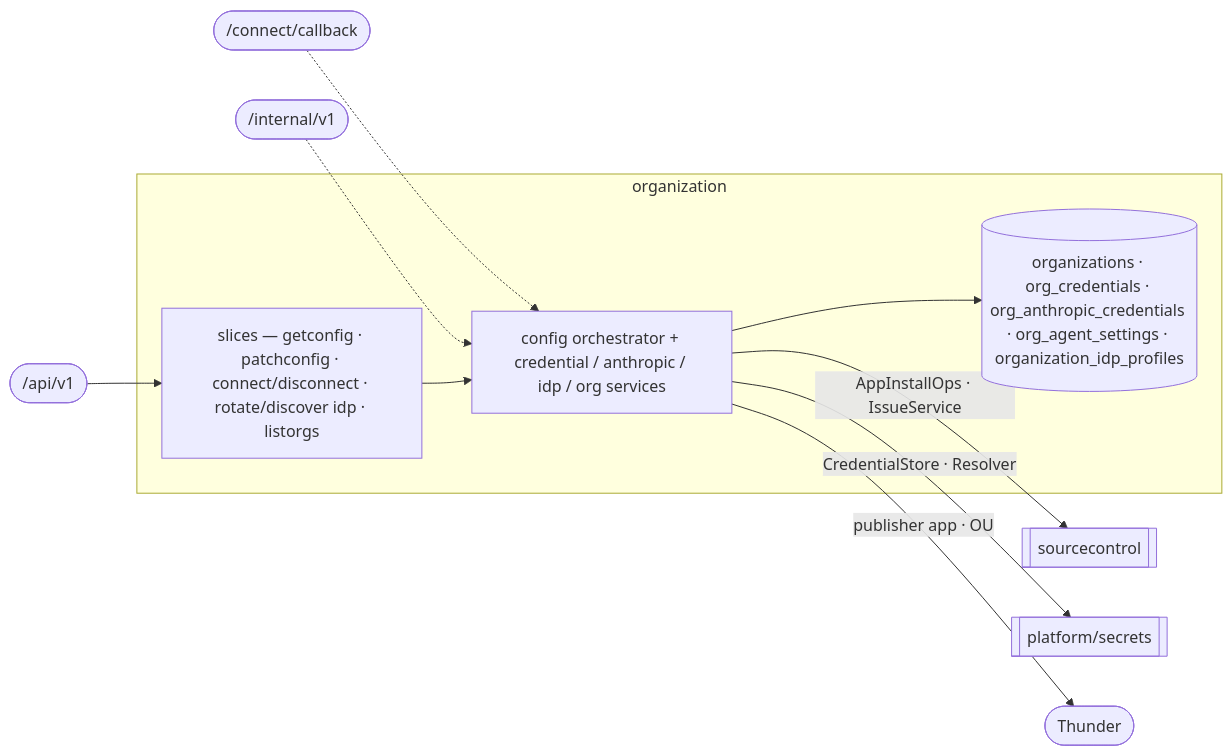
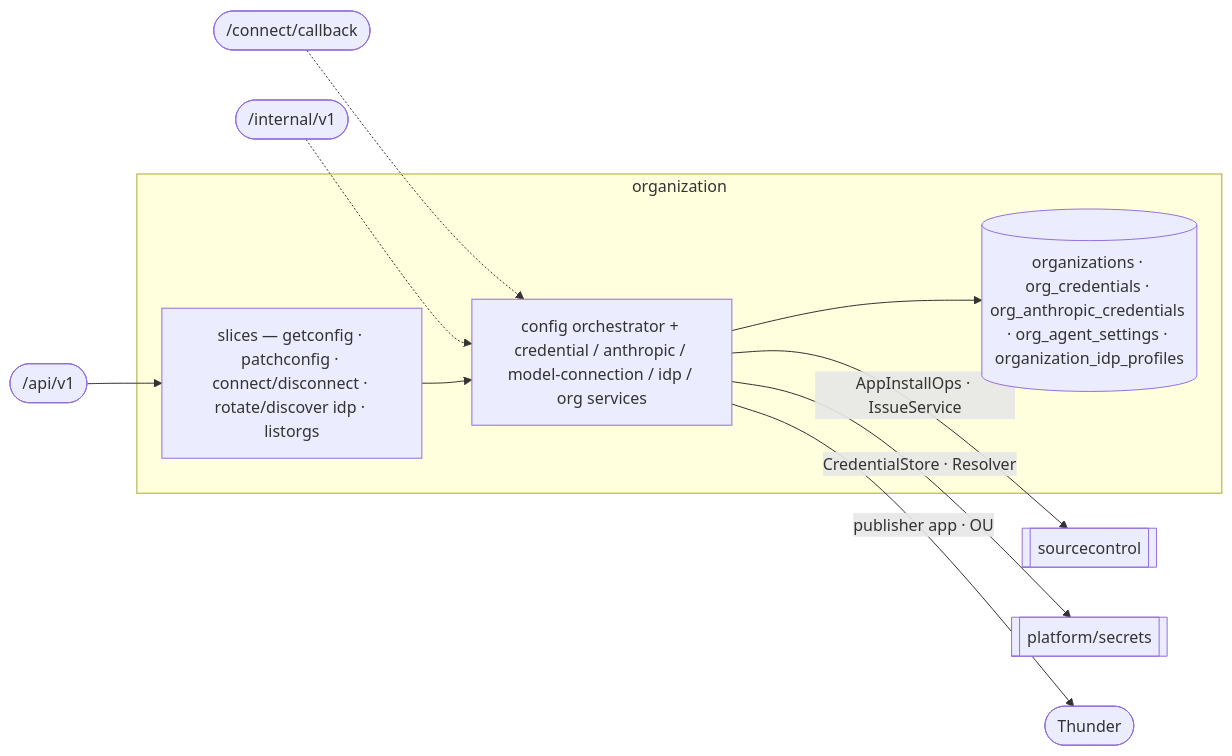
Before and after one commit to KCSAbeywickrama/labs-agentic-engineer: the diagram in services/aep-api/internal/organization/README.md, drawn with Mermaid. The commit also changed other lines of this file and 52 other files, not shown here.

First line of the commit message:
feat(model-connection): phase 1 seams, no behaviour change

````diff
--- a/services/aep-api/internal/organization/README.md
+++ b/services/aep-api/internal/organization/README.md
@@ -10,15 +10,15 @@
 ```mermaid
 flowchart LR
   API(["/api/v1"]) --> SL
   CB(["/connect/callback"]) -.-> CORE
   S2S(["/internal/v1"]) -.-> CORE
   subgraph organization
     SL["slices — getconfig · patchconfig · connect/disconnect · rotate/discover idp · listorgs"]
-    CORE["config orchestrator + credential / anthropic / idp / org services"]
+    CORE["config orchestrator + credential / anthropic / model-connection / idp / org services"]
     SL --> CORE
     CORE --> DB[("organizations · org_credentials · org_anthropic_credentials · org_agent_settings · organization_idp_profiles")]
   end
   CORE -->|AppInstallOps · IssueService| SC[[sourcecontrol]]
   CORE -->|CredentialStore · Resolver| SEC[[platform/secrets]]
   CORE -->|publisher app · OU| THUNDER(["Thunder"])
 ```
````
